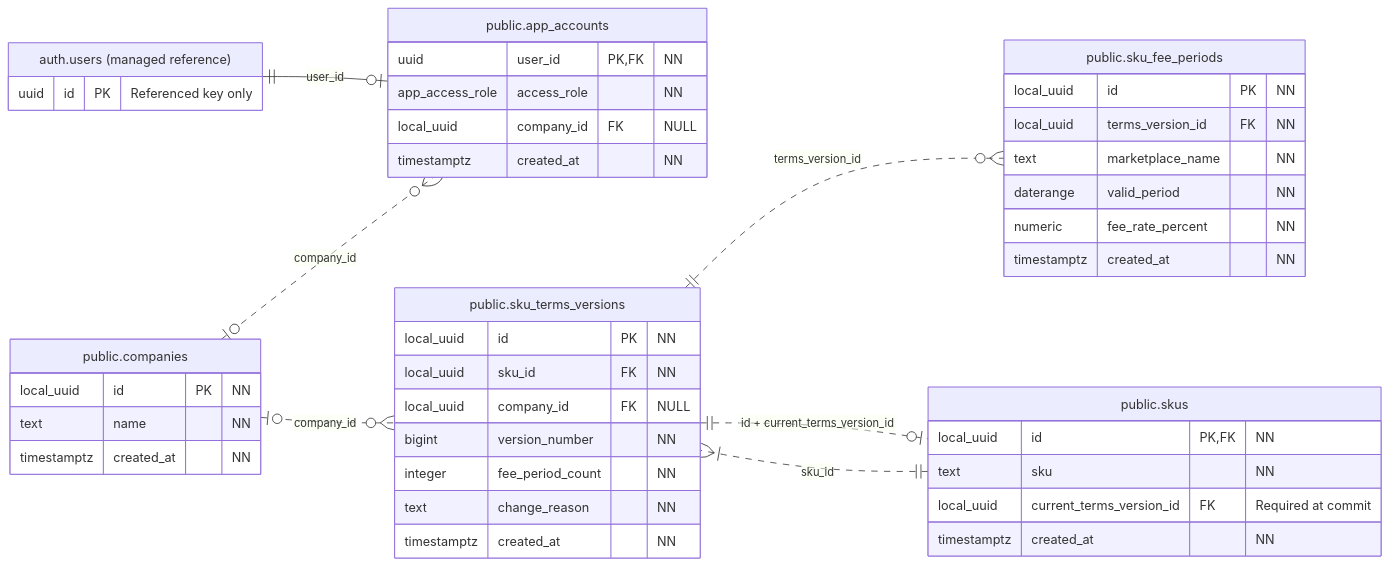
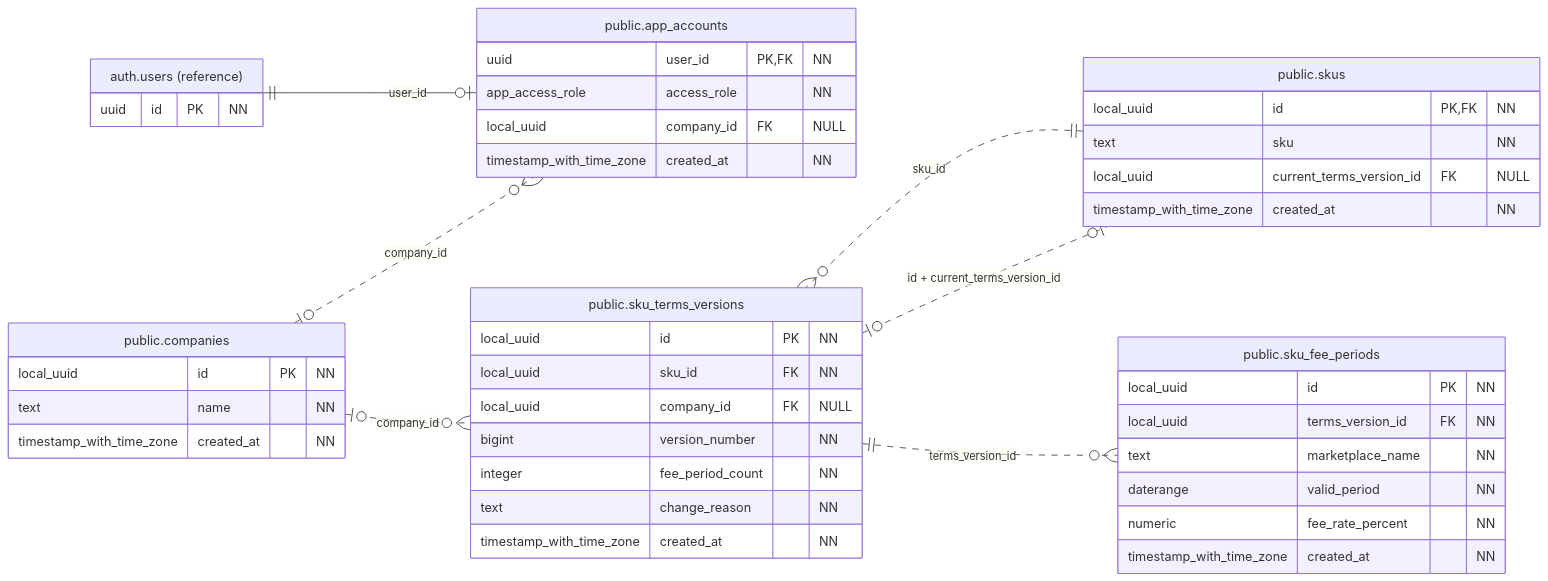
One commit to qwercxzsda/A-SelBox changed the diagram in docs/figures/database/02-ownership.mmd. Above: the diagram before and after it, drawn with Mermaid. The commit also changed 377 other files, not shown here.

```diff
--- a/docs/figures/database/02-ownership.mmd
+++ b/docs/figures/database/02-ownership.mmd
@@ -1,51 +1,51 @@
 erDiagram
     direction LR
+    public_companies o|..o{ public_app_accounts : "company_id"
     auth_users ||--o| public_app_accounts : "user_id"
-    public_companies o|..o{ public_app_accounts : "company_id"
-    public_skus ||..|{ public_sku_terms_versions : "sku_id"
+    public_sku_terms_versions o|..o| public_skus : "id + current_terms_version_id"
     public_companies o|..o{ public_sku_terms_versions : "company_id"
+    public_skus ||..o{ public_sku_terms_versions : "sku_id"
     public_sku_terms_versions ||..o{ public_sku_fee_periods : "terms_version_id"
-    public_sku_terms_versions ||..o| public_skus : "id + current_terms_version_id"
 
     public_companies["public.companies"] {
         local_uuid id PK "NN"
         text name "NN"
-        timestamptz created_at "NN"
+        timestamp_with_time_zone created_at "NN"
     }
 
     public_app_accounts["public.app_accounts"] {
         uuid user_id PK, FK "NN"
         app_access_role access_role "NN"
         local_uuid company_id FK "NULL"
-        timestamptz created_at "NN"
+        timestamp_with_time_zone created_at "NN"
     }
 
     public_skus["public.skus"] {
         local_uuid id PK, FK "NN"
         text sku "NN"
-        local_uuid current_terms_version_id FK "Required at commit"
-        timestamptz created_at "NN"
+        local_uuid current_terms_version_id FK "NULL"
+        timestamp_with_time_zone created_at "NN"
     }
 
     public_sku_terms_versions["public.sku_terms_versions"] {
         local_uuid id PK "NN"
         local_uuid sku_id FK "NN"
         local_uuid company_id FK "NULL"
         bigint version_number "NN"
         integer fee_period_count "NN"
         text change_reason "NN"
-        timestamptz created_at "NN"
+        timestamp_with_time_zone created_at "NN"
     }
 
     public_sku_fee_periods["public.sku_fee_periods"] {
         local_uuid id PK "NN"
         local_uuid terms_version_id FK "NN"
         text marketplace_name "NN"
         daterange valid_period "NN"
         numeric fee_rate_percent "NN"
-        timestamptz created_at "NN"
+        timestamp_with_time_zone created_at "NN"
     }
 
-    auth_users["auth.users (managed reference)"] {
-        uuid id PK "Referenced key only"
+    auth_users["auth.users (reference)"] {
+        uuid id PK "NN"
     }
```
